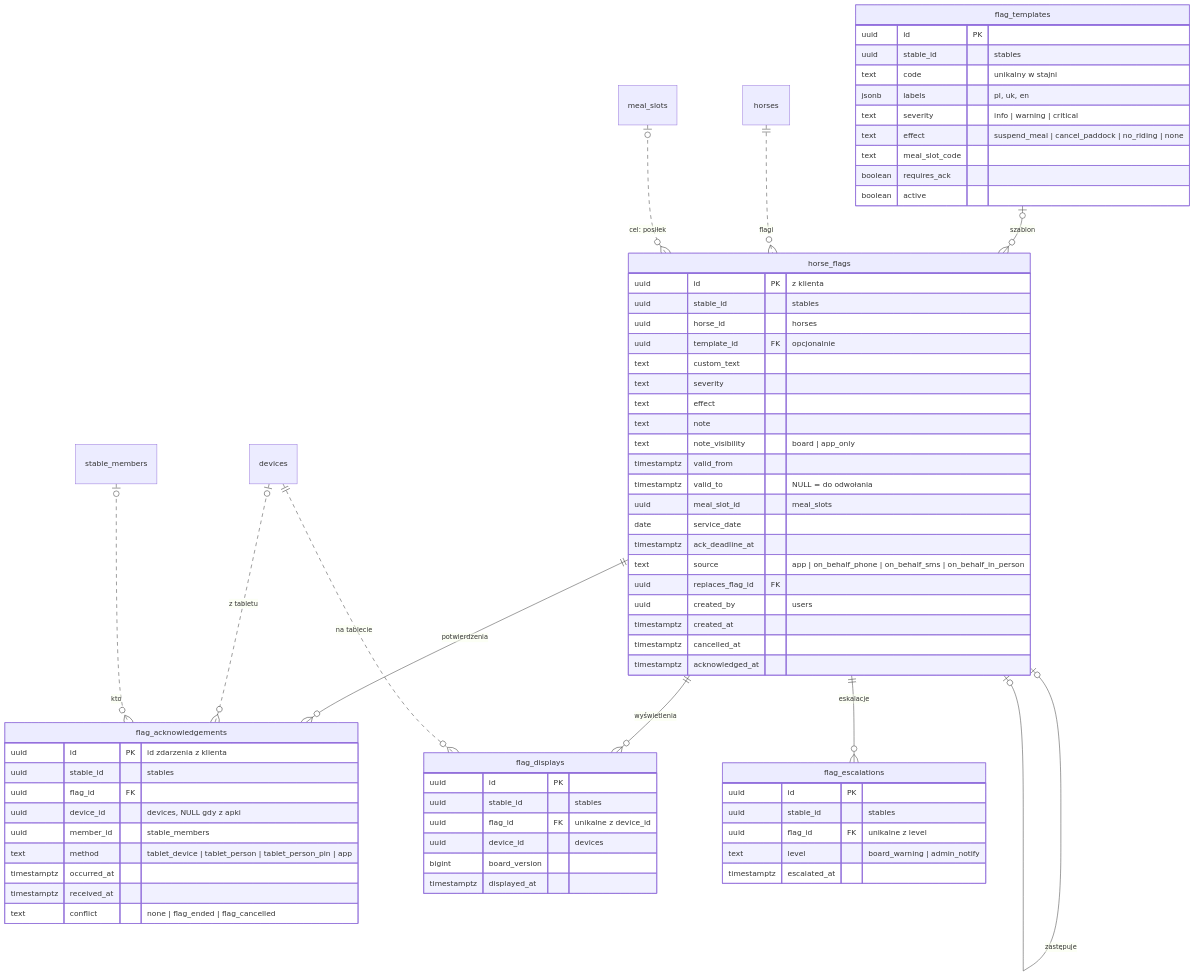
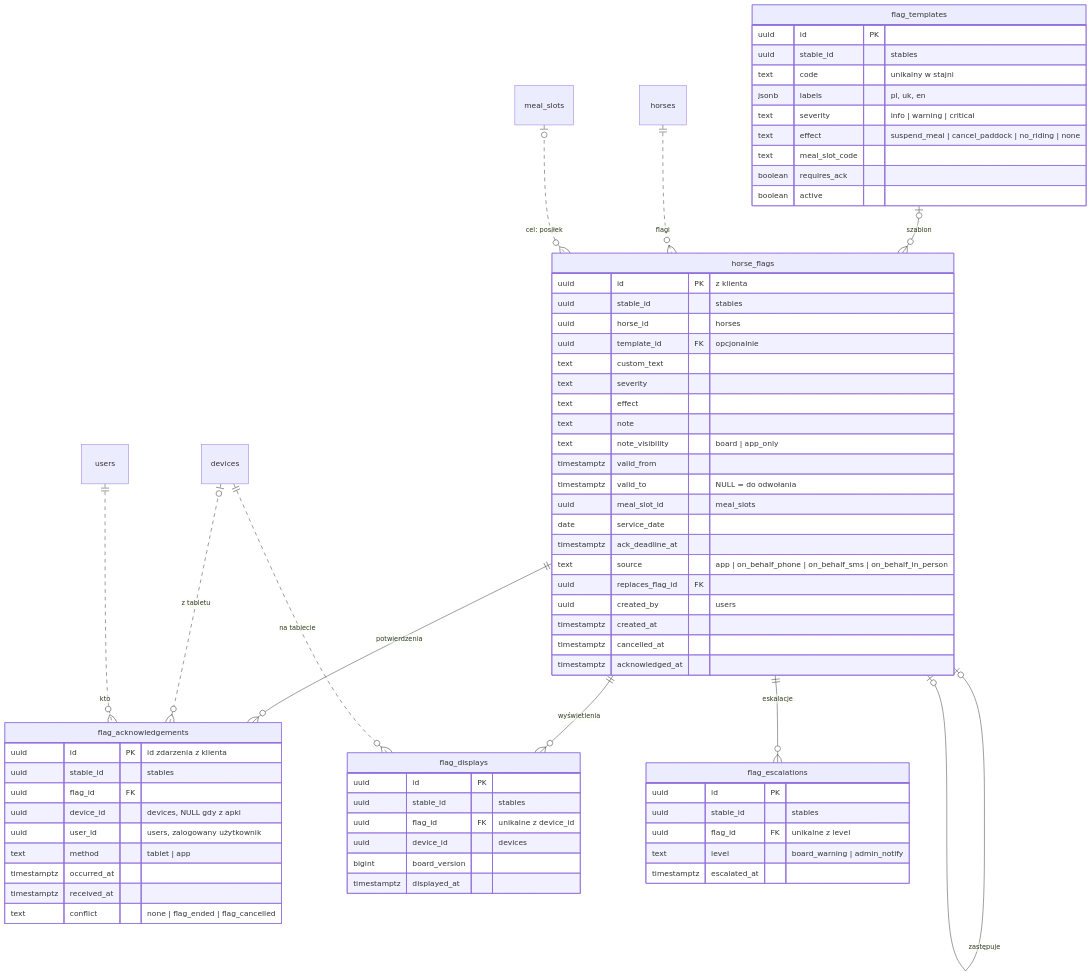
Before and after one commit to ClewlerStudent/KonskaAppka: the second of 4 diagrams in docs/erd.md, drawn with Mermaid. The commit also changed other lines of this file, not shown here.

First line of the commit message:
Przerób model tabletów w ERD: logowanie użytkownika i blokada boksu

````diff
--- a/docs/erd.md
+++ b/docs/erd.md
@@ -173,76 +201,76 @@
 ```mermaid
 erDiagram
     flag_templates {
         uuid id PK
         uuid stable_id "stables"
         text code "unikalny w stajni"
         jsonb labels "pl, uk, en"
         text severity "info | warning | critical"
         text effect "suspend_meal | cancel_paddock | no_riding | none"
         text meal_slot_code
         boolean requires_ack
         boolean active
     }
     horse_flags {
         uuid id PK "z klienta"
         uuid stable_id "stables"
         uuid horse_id "horses"
         uuid template_id FK "opcjonalnie"
         text custom_text
         text severity
         text effect
         text note
         text note_visibility "board | app_only"
         timestamptz valid_from
         timestamptz valid_to "NULL = do odwołania"
         uuid meal_slot_id "meal_slots"
         date service_date
         timestamptz ack_deadline_at
         text source "app | on_behalf_phone | on_behalf_sms | on_behalf_in_person"
         uuid replaces_flag_id FK
         uuid created_by "users"
         timestamptz created_at
         timestamptz cancelled_at
         timestamptz acknowledged_at
     }
     flag_acknowledgements {
         uuid id PK "id zdarzenia z klienta"
         uuid stable_id "stables"
         uuid flag_id FK
         uuid device_id "devices, NULL gdy z apki"
-        uuid member_id "stable_members"
-        text method "tablet_device | tablet_person | tablet_person_pin | app"
+        uuid user_id "users, zalogowany użytkownik"
+        text method "tablet | app"
         timestamptz occurred_at
         timestamptz received_at
         text conflict "none | flag_ended | flag_cancelled"
     }
     flag_displays {
         uuid id PK
         uuid stable_id "stables"
         uuid flag_id FK "unikalne z device_id"
         uuid device_id "devices"
         bigint board_version
         timestamptz displayed_at
     }
     flag_escalations {
         uuid id PK
         uuid stable_id "stables"
         uuid flag_id FK "unikalne z level"
         text level "board_warning | admin_notify"
         timestamptz escalated_at
     }
     horses
     meal_slots
     devices
-    stable_members
+    users
     flag_templates |o--o{ horse_flags : "szablon"
     horse_flags |o--o| horse_flags : "zastępuje"
     horse_flags ||--o{ flag_acknowledgements : "potwierdzenia"
     horse_flags ||--o{ flag_displays : "wyświetlenia"
     horse_flags ||--o{ flag_escalations : "eskalacje"
     horses ||..o{ horse_flags : "flagi"
     meal_slots |o..o{ horse_flags : "cel: posiłek"
     devices |o..o{ flag_acknowledgements : "z tabletu"
-    stable_members |o..o{ flag_acknowledgements : "kto"
+    users ||..o{ flag_acknowledgements : "kto"
     devices ||..o{ flag_displays : "na tablecie"
 ```
````
